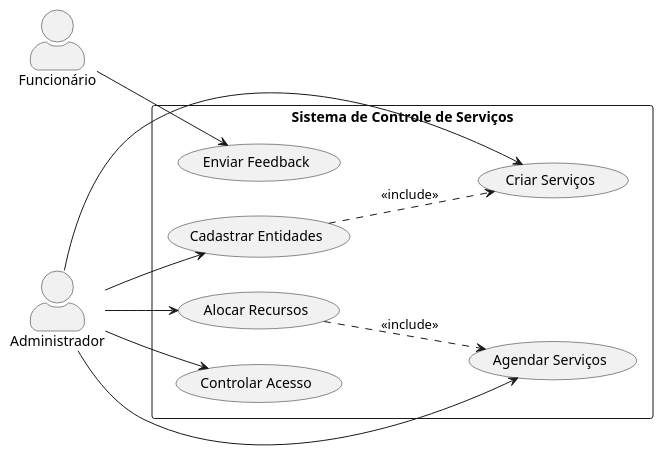
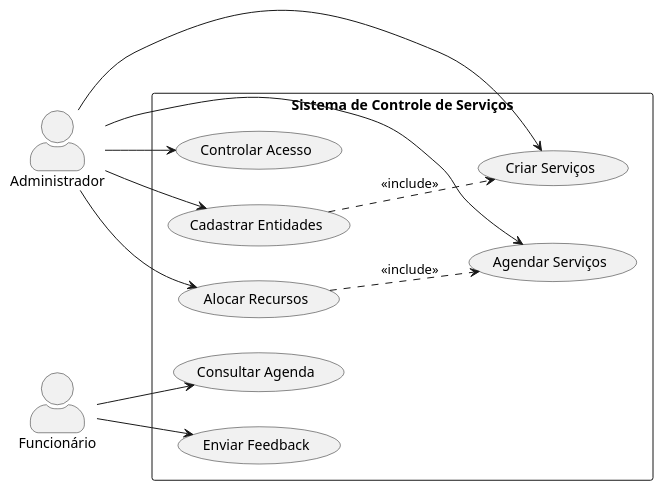
One commit to IcoEzequiel/2PiStudio_EstSuper changed the diagram in Documentação/DiagramaCasoUso.puml. Above: the diagram before and after it, drawn with PlantUML. The commit also changed 2 other files, not shown here.

Commit message:
Adicionando os Diagramas (Caso de Uso, Atividades e Classes). Analisar se está tudo correto.

```diff
--- a/Documentação/DiagramaCasoUso.puml
+++ b/Documentação/DiagramaCasoUso.puml
@@ -1,40 +1,42 @@
 @startuml
 
 'Atores
 left to right direction
 skinparam actorStyle awesome
 actor "Administrador" as Admin
 actor "Funcionário" as Func
 
 ' rectangle "Sistema de Controle de Serviços" {
 '     Administrador -- (Cadastrar Entidades)
 '     Administrador -- (Criar Projetos)
 '     Administrador -- (Alocar Recursos)
 '     Administrador -- (Agendar Serviços)
 '     Administrador -- (Controlar Acesso)
 '     Funcionário -- (Enviar Feedback)
 ' }
 
 'Verbos
 rectangle "Sistema de Controle de Serviços" {
   
   usecase "Cadastrar Entidades" as RF1
   usecase "Criar Serviços" as RF2
   usecase "Alocar Recursos" as RF3
   usecase "Agendar Serviços" as RF4
   usecase "Controlar Acesso" as RF5
   usecase "Enviar Feedback" as RF6
+  usecase "Consultar Agenda" as RF7
 
 }
 
 Admin --> RF1
 Admin --> RF2
 Admin --> RF3
 Admin --> RF4
 Admin --> RF5
 
 Func --> RF6
+Func --> RF7
 
 RF1 ..> RF2 : <<include>>
 RF3 ..> RF4 : <<include>>
 @enduml
```
